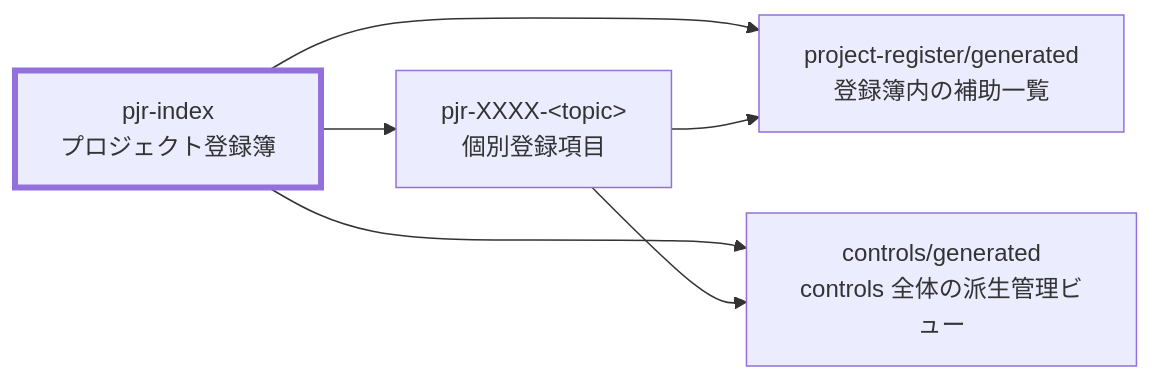
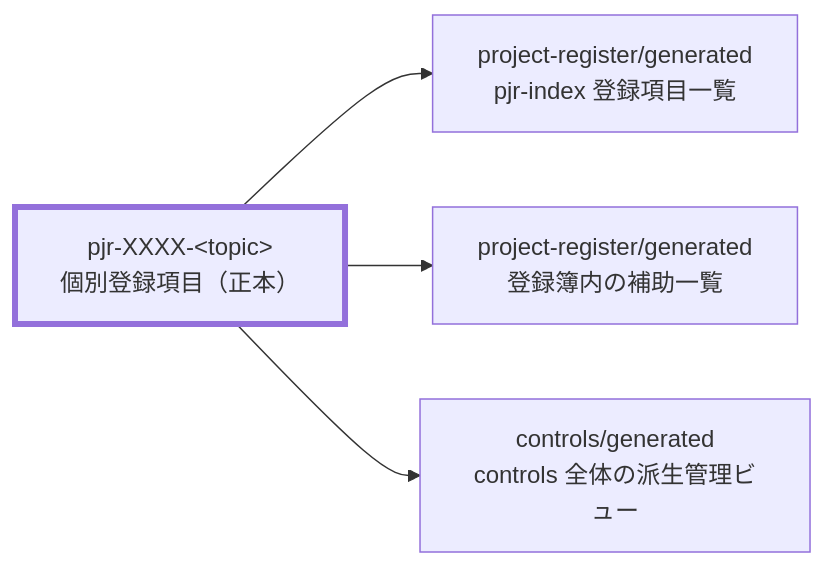
Before and after one commit to specdojo/specdojo: the diagram in docs/ja/specdojo/guides/register-operation-guide.md, drawn with Mermaid. The commit also changed other lines of this file and 12 other files, not shown here.

Commit message:
exec(register PJR-RZR3): pjr-index を generated 配下の生成ビューへ移す

````diff
--- a/docs/ja/specdojo/guides/register-operation-guide.md
+++ b/docs/ja/specdojo/guides/register-operation-guide.md
@@ -41,16 +41,14 @@
 ```mermaid
 flowchart LR
-  PJR_IDX["pjr-index<br>プロジェクト登録簿"]
-  PJR_ITEM["pjr-XXXX-&lt;topic&gt;<br>個別登録項目"]
+  PJR_ITEM["pjr-XXXX-&lt;topic&gt;<br>個別登録項目（正本）"]
+  PJR_IDX["project-register/generated<br>pjr-index 登録項目一覧"]
   PJR_GEN["project-register/generated<br>登録簿内の補助一覧"]
   PM_GEN["controls/generated<br>controls 全体の派生管理ビュー"]
 
-  PJR_IDX --> PJR_ITEM
-  PJR_IDX --> PJR_GEN
-  PJR_IDX --> PM_GEN
+  PJR_ITEM --> PJR_IDX
   PJR_ITEM --> PJR_GEN
   PJR_ITEM --> PM_GEN
 
   classDef target stroke-width:4px
-  class PJR_IDX target
+  class PJR_ITEM target
 ```
````
